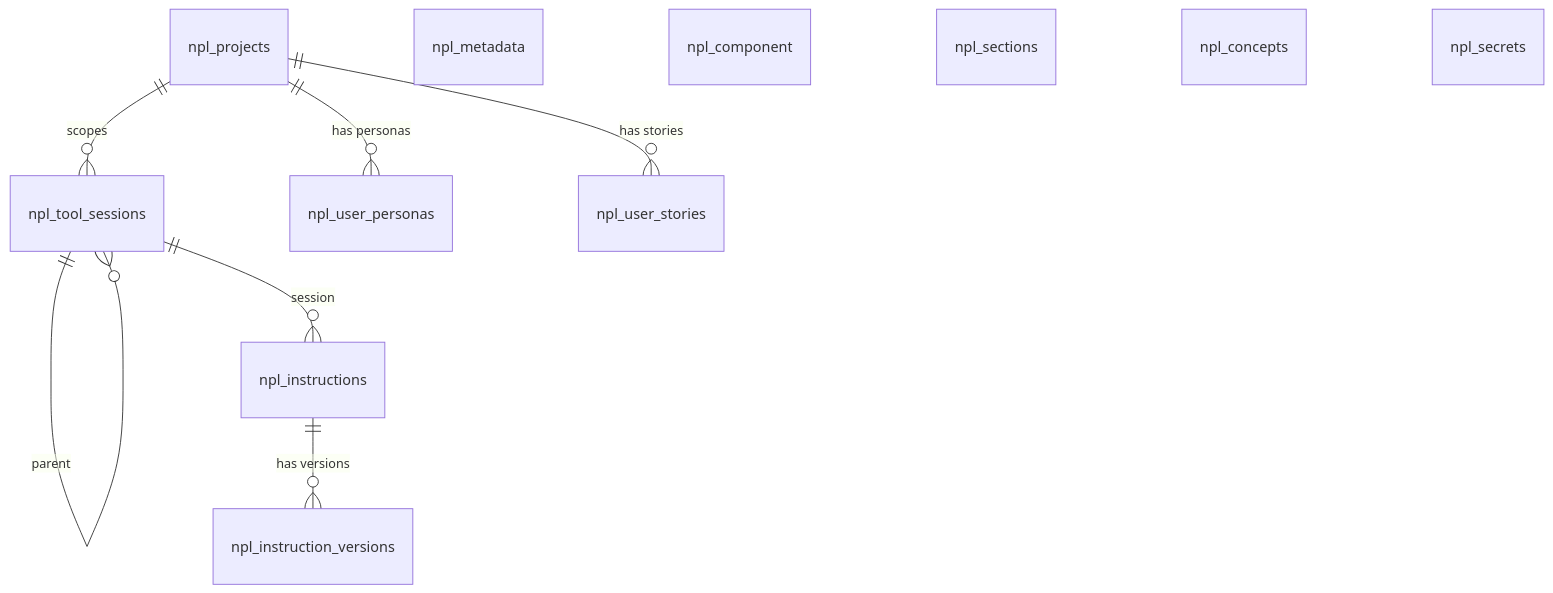
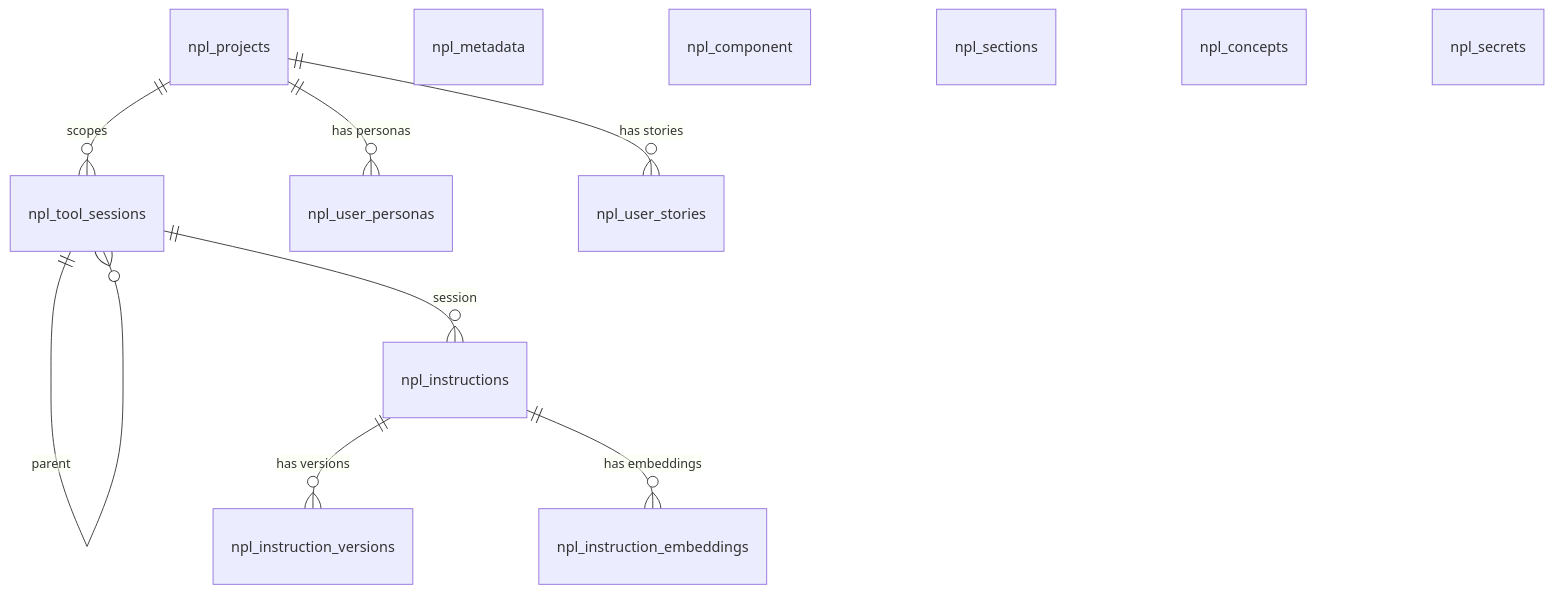
Before and after one commit to noizu-labs-ml/NoizuPromptLingo: the diagram in docs/PROJ-SCHEMA.summary.md, drawn with Mermaid. The commit also changed other lines of this file and 13 other files, not shown here.

````diff
--- a/docs/PROJ-SCHEMA.summary.md
+++ b/docs/PROJ-SCHEMA.summary.md
@@ -7,14 +7,15 @@
 ```mermaid
 erDiagram
     npl_projects ||--o{ npl_tool_sessions : "scopes"
     npl_tool_sessions ||--o{ npl_tool_sessions : "parent"
     npl_tool_sessions ||--o{ npl_instructions : "session"
     npl_instructions ||--o{ npl_instruction_versions : "has versions"
+    npl_instructions ||--o{ npl_instruction_embeddings : "has embeddings"
     npl_projects ||--o{ npl_user_personas : "has personas"
     npl_projects ||--o{ npl_user_stories : "has stories"
     npl_metadata
     npl_component
     npl_sections
     npl_concepts
     npl_secrets
 ```
````
